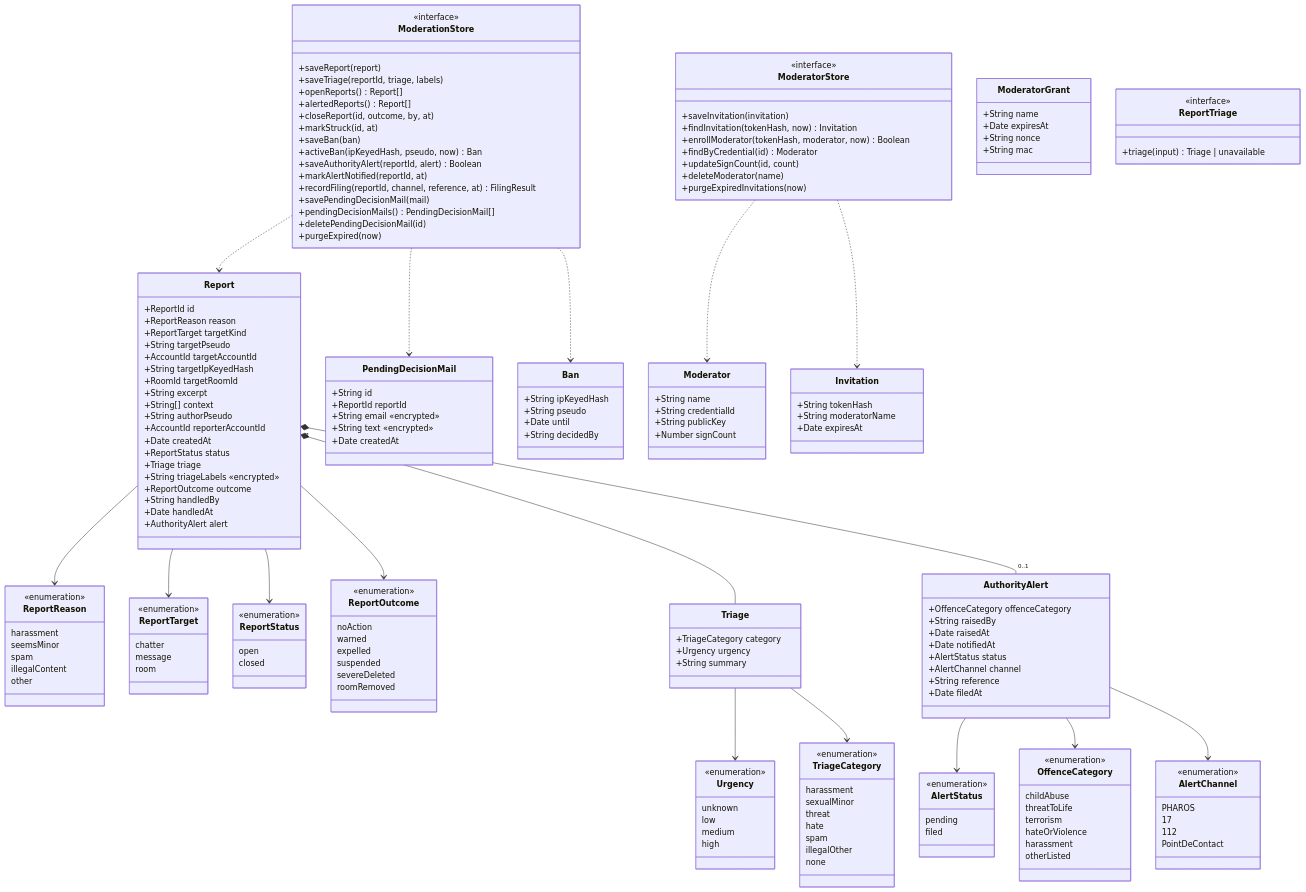
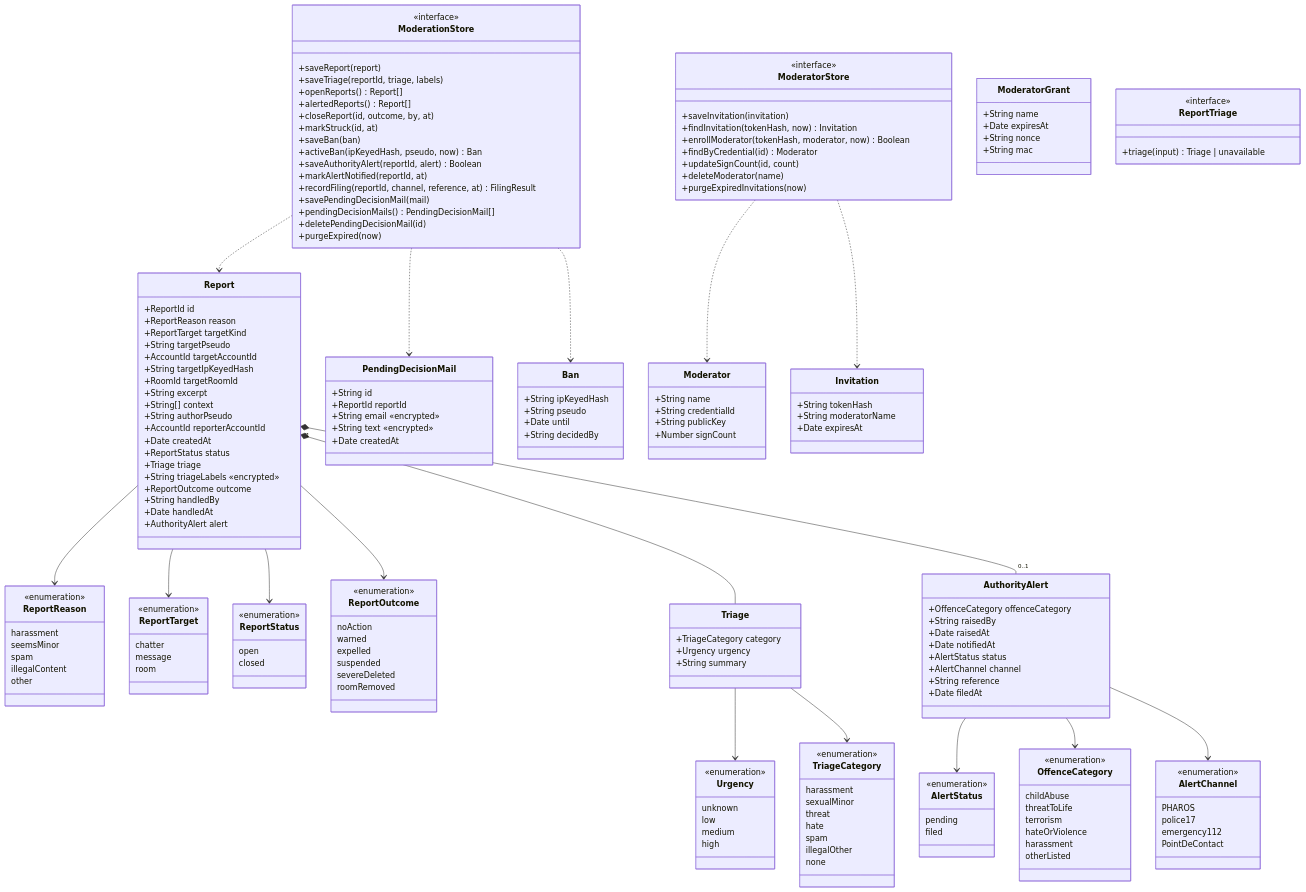
One commit to benoit-bremaud/asv changed the diagram in docs/architecture/diagrams/moderation/04-class.md. Above: the diagram before and after it, drawn with Mermaid. The commit also changed other lines of this file, not shown here.

Commit message:
docs(moderation): name numeric alert channels in the class diagram
Refs #211

```diff
--- a/docs/architecture/diagrams/moderation/04-class.md
+++ b/docs/architecture/diagrams/moderation/04-class.md
@@ -99,8 +99,8 @@
   class AlertChannel {
     <<enumeration>>
     PHAROS
-    17
-    112
+    police17
+    emergency112
     PointDeContact
   }
   class PendingDecisionMail {
```
